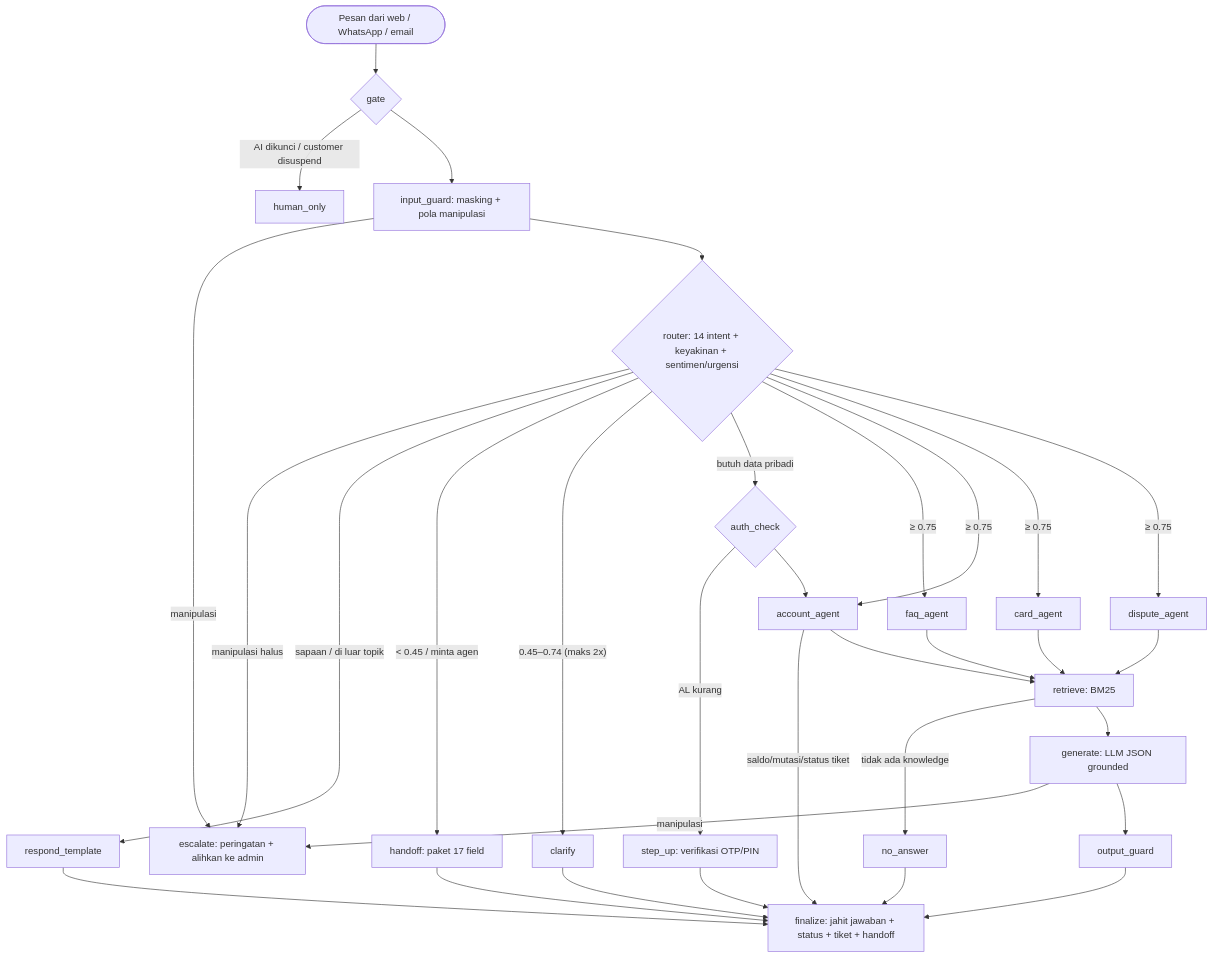
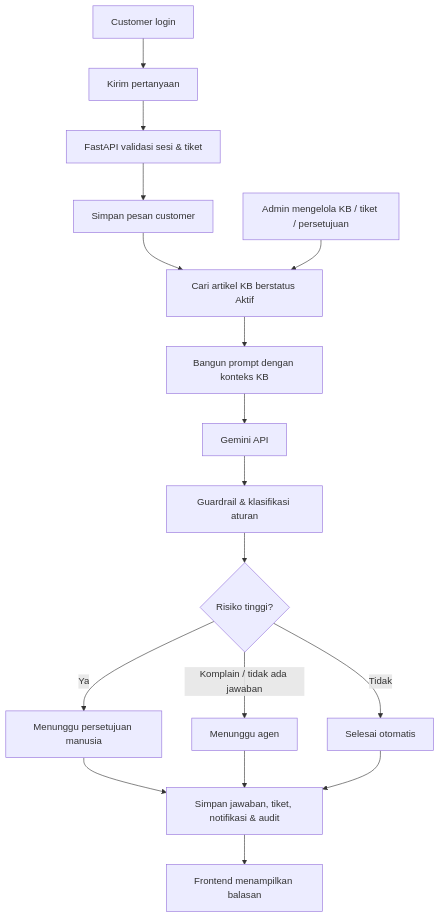
Before and after one commit to raphaelfelio-ctrl/Capstone-03: the diagram in VTEKI_Chatbot/README.md, drawn with Mermaid. The commit also changed other lines of this file and 34 other files, not shown here.

````diff
--- a/VTEKI_Chatbot/README.md
+++ b/VTEKI_Chatbot/README.md
@@ -118,31 +68,19 @@
 ```mermaid
 flowchart TD
-    S([Pesan dari web / WhatsApp / email]) --> G{gate}
-    G -- AI dikunci / customer disuspend --> H[human_only]
-    G --> IG[input_guard: masking + pola manipulasi]
-    IG -- manipulasi --> E[escalate: peringatan + alihkan ke admin]
-    IG --> R{router: 14 intent + keyakinan + sentimen/urgensi}
-    R -- manipulasi halus --> E
-    R -- sapaan / di luar topik --> T[respond_template]
-    R -- "< 0.45 / minta agen" --> HO[handoff: paket 17 field]
-    R -- "0.45–0.74 (maks 2x)" --> CL[clarify]
-    R -- butuh data pribadi --> AC{auth_check}
-    AC -- AL kurang --> SU[step_up: verifikasi OTP/PIN]
-    AC --> ACC
-    R -- "≥ 0.75" --> FAQ[faq_agent] & ACC[account_agent] & CARD[card_agent] & DSP[dispute_agent]
-    ACC -- saldo/mutasi/status tiket --> F
-    FAQ --> RT[retrieve: BM25]
-    ACC --> RT
-    CARD --> RT
-    DSP --> RT
-    RT -- tidak ada knowledge --> N[no_answer]
-    RT --> GEN[generate: LLM JSON grounded]
-    GEN -- manipulasi --> E
-    GEN --> OG[output_guard]
-    T --> F[finalize: jahit jawaban + status + tiket + handoff]
-    HO --> F
-    CL --> F
-    SU --> F
-    N --> F
-    OG --> F
+    A[Customer login] --> B[Kirim pertanyaan]
+    B --> C[FastAPI validasi sesi & tiket]
+    C --> D[Simpan pesan customer]
+    D --> E[Cari artikel KB berstatus Aktif]
+    E --> F[Bangun prompt dengan konteks KB]
+    F --> G[Gemini API]
+    G --> H[Guardrail & klasifikasi aturan]
+    H --> I{Risiko tinggi?}
+    I -- Ya --> J[Menunggu persetujuan manusia]
+    I -- Komplain / tidak ada jawaban --> K[Menunggu agen]
+    I -- Tidak --> L[Selesai otomatis]
+    J --> M[Simpan jawaban, tiket, notifikasi & audit]
+    K --> M
+    L --> M
+    M --> N[Frontend menampilkan balasan]
+    O[Admin mengelola KB / tiket / persetujuan] --> E
 ```
````
